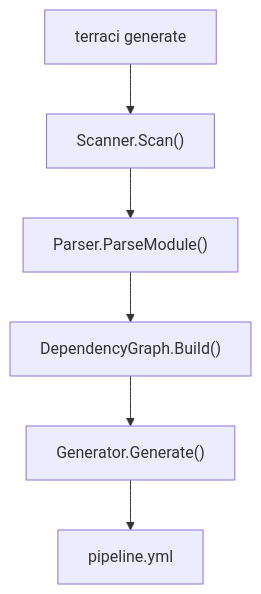
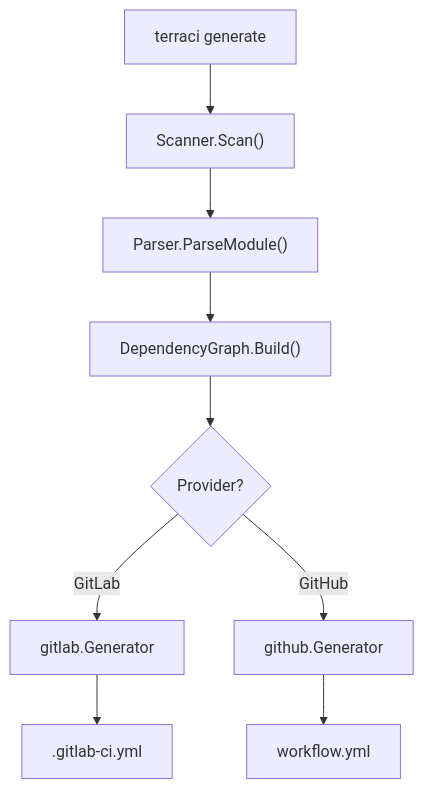
One commit to edelwud/terraci changed the fourth of 4 diagrams in docs/guide/how-it-works.md. Above: the diagram before and after it, drawn with Mermaid. The commit also changed other lines of this file and 53 other files, not shown here.

````diff
--- a/docs/guide/how-it-works.md
+++ b/docs/guide/how-it-works.md
@@ -216,8 +218,10 @@
 ```mermaid
 flowchart TD
   A["terraci generate"] --> B
   B["Scanner.Scan()"] --> C
   C["Parser.ParseModule()"] --> D
   D["DependencyGraph.Build()"] --> E
-  E["Generator.Generate()"] --> F["pipeline.yml"]
+  E{"Provider?"}
+  E -->|GitLab| F["gitlab.Generator"] --> G[".gitlab-ci.yml"]
+  E -->|GitHub| H["github.Generator"] --> I["workflow.yml"]
 ```
````
